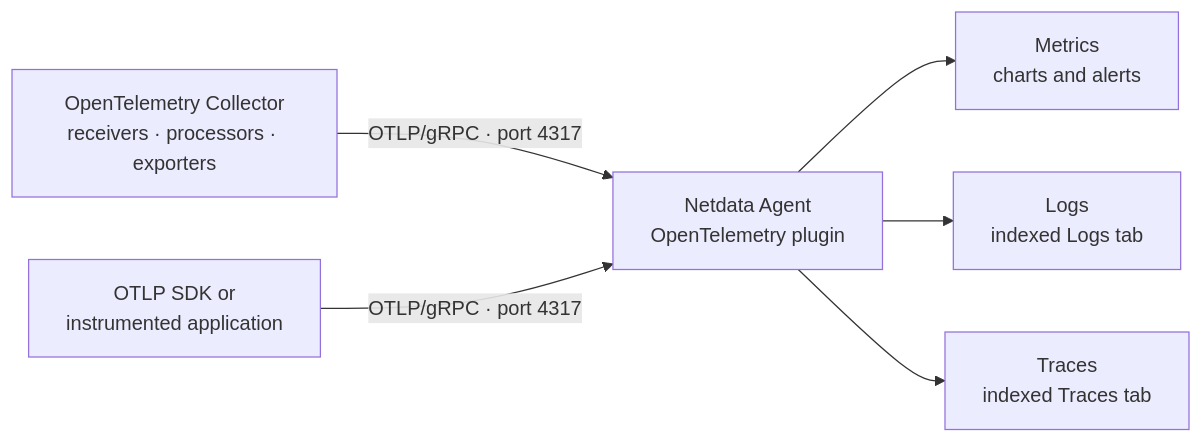
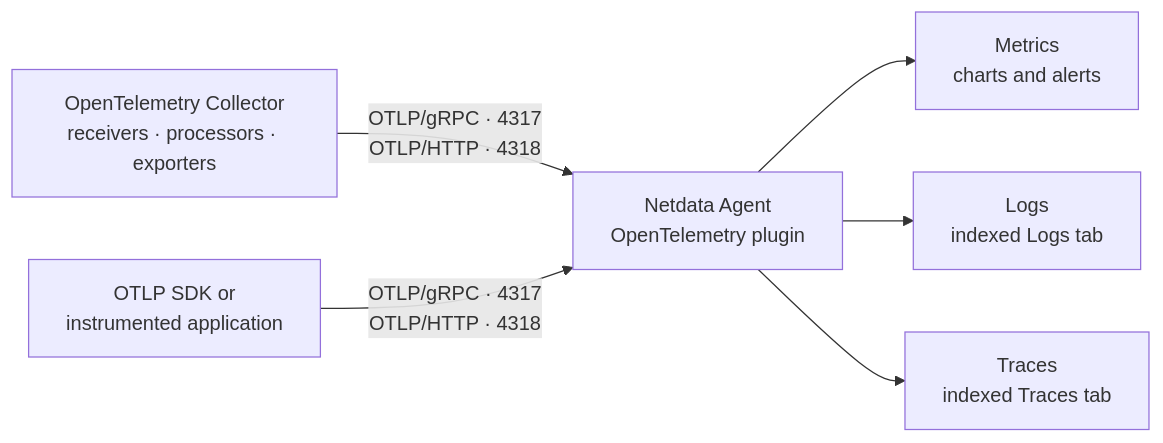
One commit to netdata/netdata changed the diagram in docs/opentelemetry/otlp-ingestion.md. Above: the diagram before and after it, drawn with Mermaid. The commit also changed other lines of this file and 10 other files, not shown here.

First line of the commit message:
otel docs + automation: document and drive the OTLP/HTTP receiver

````diff
--- a/docs/opentelemetry/otlp-ingestion.md
+++ b/docs/opentelemetry/otlp-ingestion.md
@@ -17,8 +17,8 @@
 ```mermaid
 flowchart LR
-    collector["OpenTelemetry Collector<br/>receivers · processors · exporters"] -->|"OTLP/gRPC · port 4317"| plugin["Netdata Agent<br/>OpenTelemetry plugin"]
-    sdk["OTLP SDK or<br/>instrumented application"] -->|"OTLP/gRPC · port 4317"| plugin
+    collector["OpenTelemetry Collector<br/>receivers · processors · exporters"] -->|"OTLP/gRPC · 4317<br/>OTLP/HTTP · 4318"| plugin["Netdata Agent<br/>OpenTelemetry plugin"]
+    sdk["OTLP SDK or<br/>instrumented application"] -->|"OTLP/gRPC · 4317<br/>OTLP/HTTP · 4318"| plugin
     plugin --> metrics["Metrics<br/>charts and alerts"]
     plugin --> logs["Logs<br/>indexed Logs tab"]
     plugin --> traces["Traces<br/>indexed Traces tab"]
 ```
````
